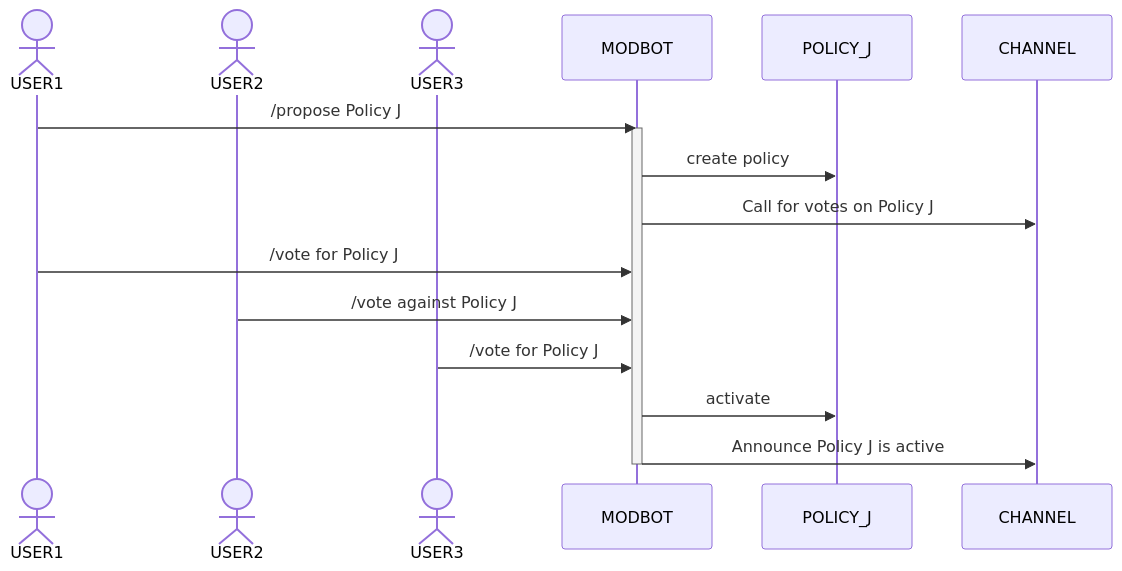
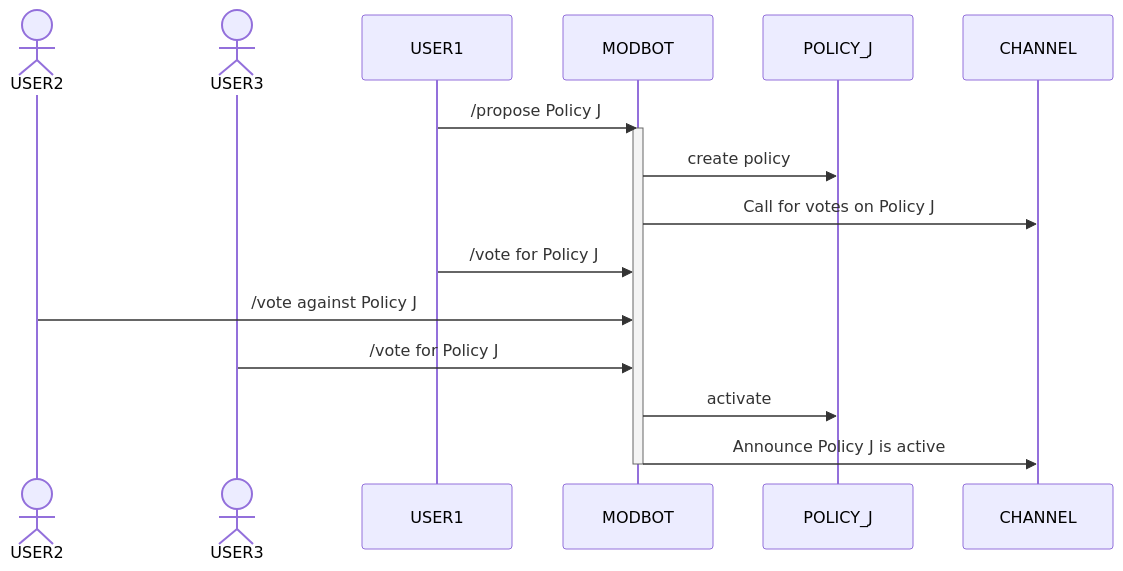
Before and after one commit to bgrayburn/Evolutionary-Collective-Moderation-Design-Pattern: the second of 4 diagrams in DesignPattern.md, drawn with Mermaid. The commit also changed other lines of this file, not shown here.

````diff
--- a/DesignPattern.md
+++ b/DesignPattern.md
@@ -72,16 +74,18 @@
 ```mermaid
 sequenceDiagram
+  accTitle: Using an Policy to Redact a Message and Remove a User in the Evolutionary Collective Moderation Design Pattern
+  accDescr: 
   actor USER1
   actor USER2
   actor USER3
   USER1->>MODBOT: /propose Policy J
   activate MODBOT
   MODBOT->>POLICY_J: create policy
   MODBOT->>CHANNEL: Call for votes on Policy J
   USER1->>MODBOT: /vote for Policy J
   USER2->>MODBOT: /vote against Policy J
   USER3->>MODBOT: /vote for Policy J
   MODBOT->>POLICY_J: activate
   MODBOT->>CHANNEL: Announce Policy J is active
   deactivate MODBOT
 ```
````
